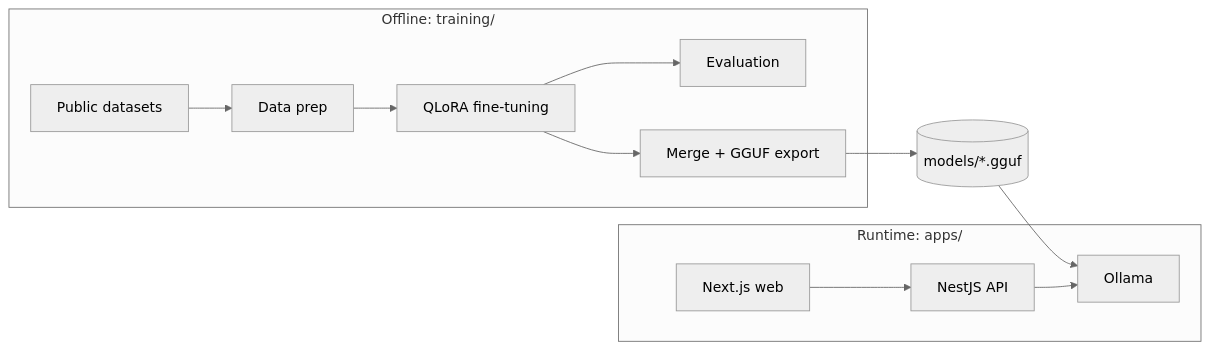
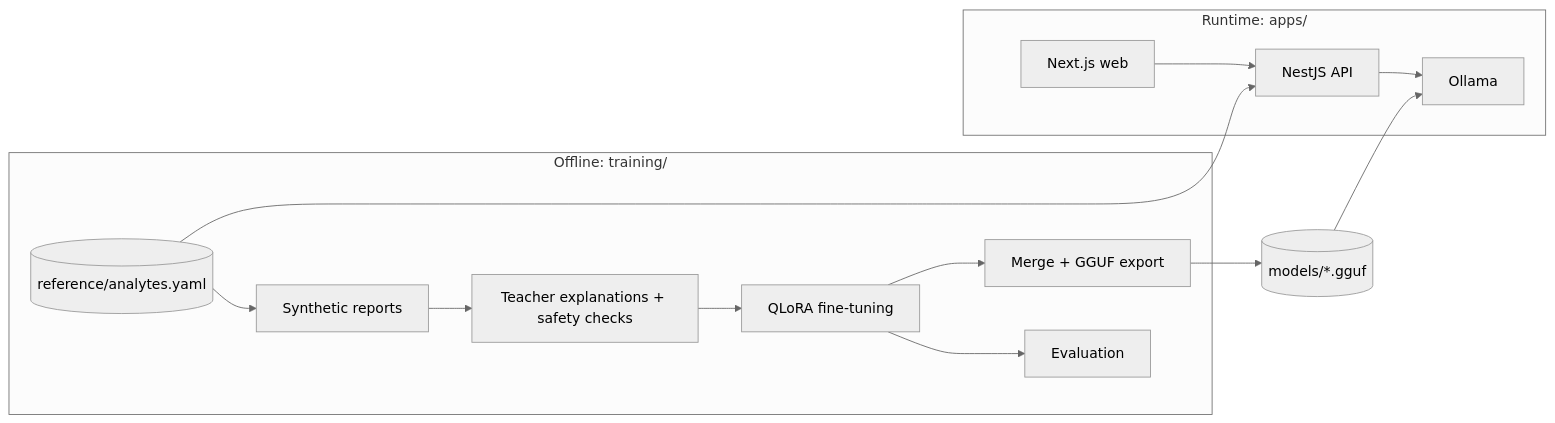
Before and after one commit to Kadirify/MedLocal: the diagram in docs/ARCHITECTURE.md, drawn with Mermaid (neutral theme). The commit also changed other lines of this file and 4 other files, not shown here.

````diff
--- a/docs/ARCHITECTURE.md
+++ b/docs/ARCHITECTURE.md
@@ -5,17 +5,21 @@
 ```mermaid
 flowchart LR
+    C[(reference/analytes.yaml)]
+
     subgraph offline[Offline: training/]
-        D[Public datasets] --> P[Data prep]
-        P --> T[QLoRA fine-tuning]
+        C --> G[Synthetic reports]
+        G --> W[Teacher explanations + safety checks]
+        W --> T[QLoRA fine-tuning]
         T --> E[Evaluation]
         T --> X[Merge + GGUF export]
     end
 
     X --> M[(models/*.gguf)]
     M --> O[Ollama]
 
     subgraph runtime[Runtime: apps/]
-        W[Next.js web] --> A[NestJS API]
+        U[Next.js web] --> A[NestJS API]
         A --> O
+        C --> A
     end
 ```
````
